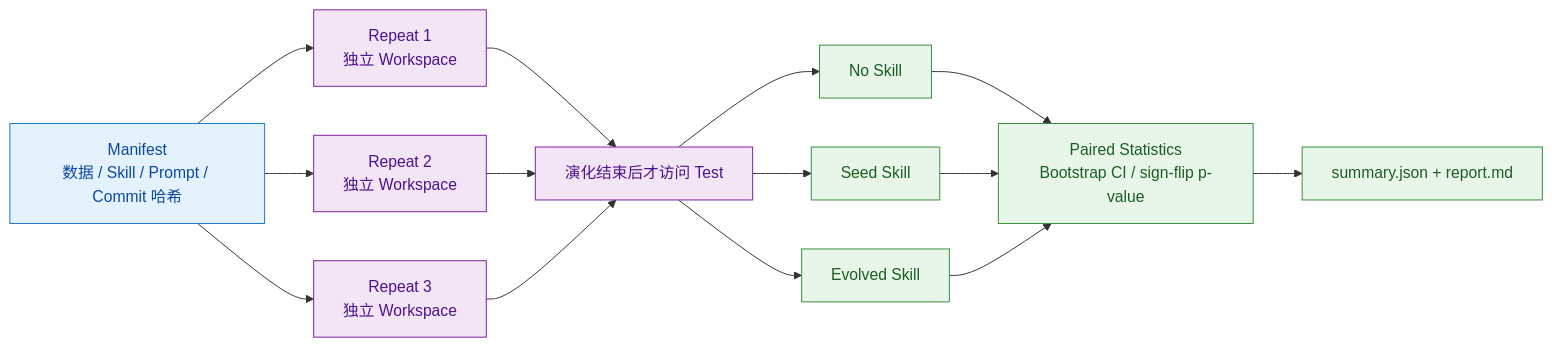
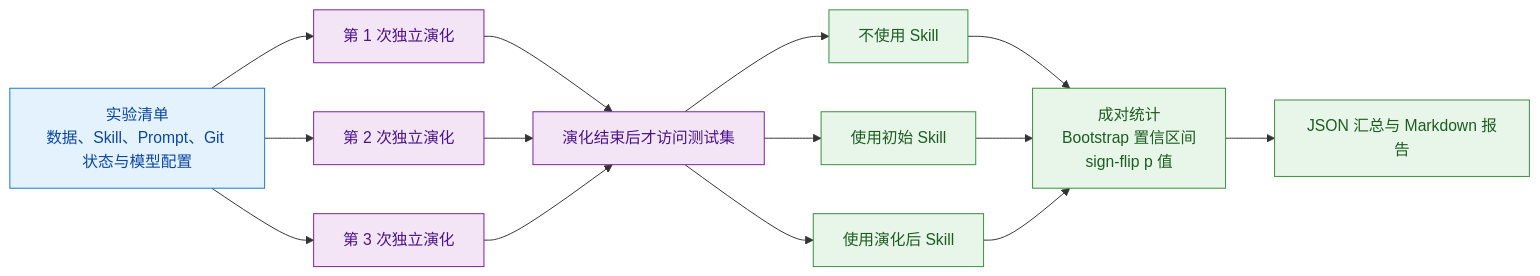
The second of 2 diagrams in README.md (still0123/skill-learning-engine), drawn with Mermaid before and after one commit. The commit also changed other lines of this file and 1 other file, not shown here.

````diff
--- a/README.md
+++ b/README.md
@@ -75,23 +97,23 @@
 ```mermaid
 flowchart LR
-    SNAPSHOT["Manifest<br/>数据 / Skill / Prompt / Commit 哈希"] --> R1["Repeat 1<br/>独立 Workspace"]
-    SNAPSHOT --> R2["Repeat 2<br/>独立 Workspace"]
-    SNAPSHOT --> R3["Repeat 3<br/>独立 Workspace"]
-    R1 --> TEST["演化结束后才访问 Test"]
+    SNAPSHOT["实验清单<br/>数据、Skill、Prompt、Git 状态与模型配置"] --> R1["第 1 次独立演化"]
+    SNAPSHOT --> R2["第 2 次独立演化"]
+    SNAPSHOT --> R3["第 3 次独立演化"]
+    R1 --> TEST["演化结束后才访问测试集"]
     R2 --> TEST
     R3 --> TEST
-    TEST --> NONE["No Skill"]
-    TEST --> SEED["Seed Skill"]
-    TEST --> EVOLVED["Evolved Skill"]
-    NONE --> STATS["Paired Statistics<br/>Bootstrap CI / sign-flip p-value"]
+    TEST --> NONE["不使用 Skill"]
+    TEST --> SEED["使用初始 Skill"]
+    TEST --> EVOLVED["使用演化后 Skill"]
+    NONE --> STATS["成对统计<br/>Bootstrap 置信区间<br/>sign-flip p 值"]
     SEED --> STATS
     EVOLVED --> STATS
-    STATS --> REPORT["summary.json + report.md"]
+    STATS --> REPORT["JSON 汇总与 Markdown 报告"]
 
     classDef snapshot fill:#E3F2FD,stroke:#1976D2,color:#0D47A1
     classDef run fill:#F3E5F5,stroke:#7B1FA2,color:#4A148C
     classDef result fill:#E8F5E9,stroke:#388E3C,color:#1B5E20
     class SNAPSHOT snapshot
     class R1,R2,R3,TEST run
     class NONE,SEED,EVOLVED,STATS,REPORT result
 ```
````
